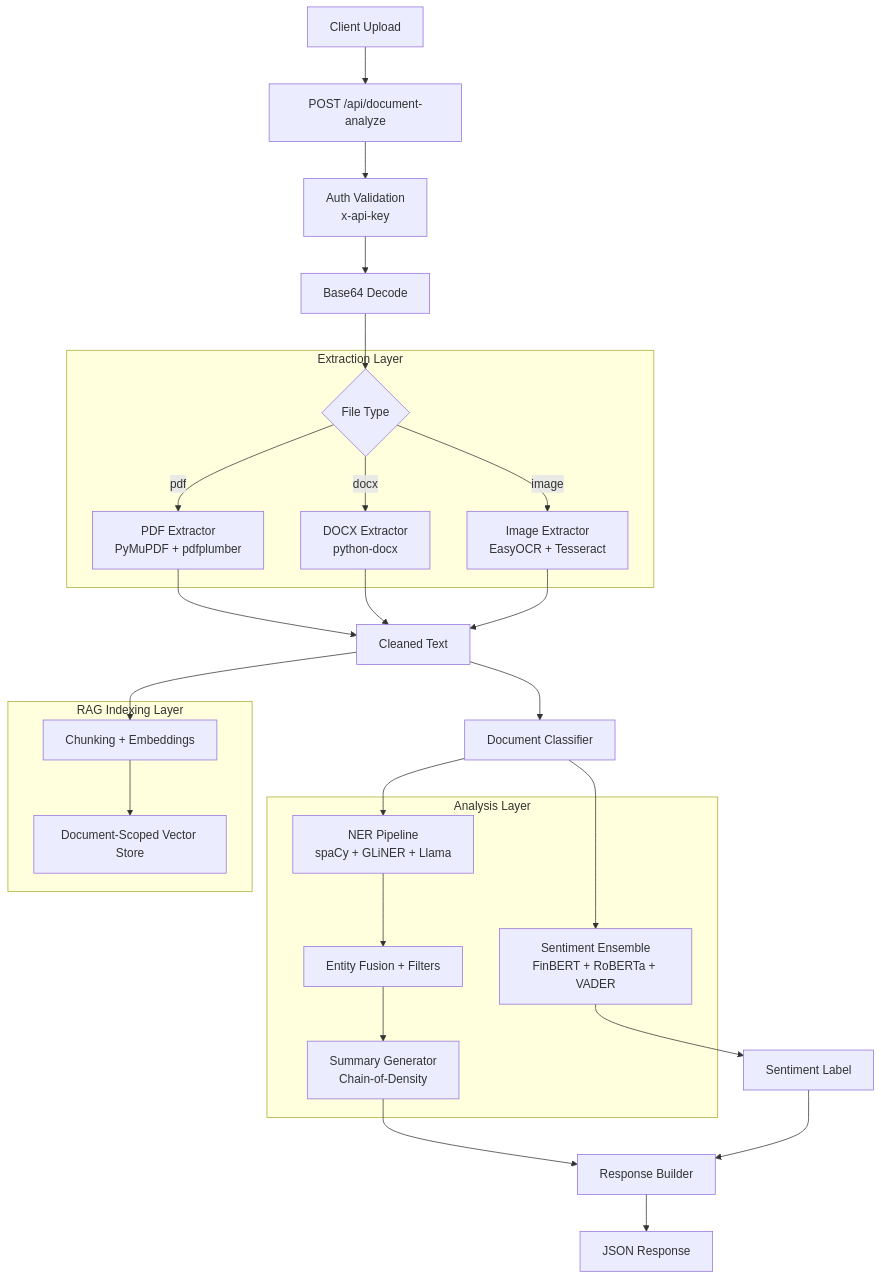
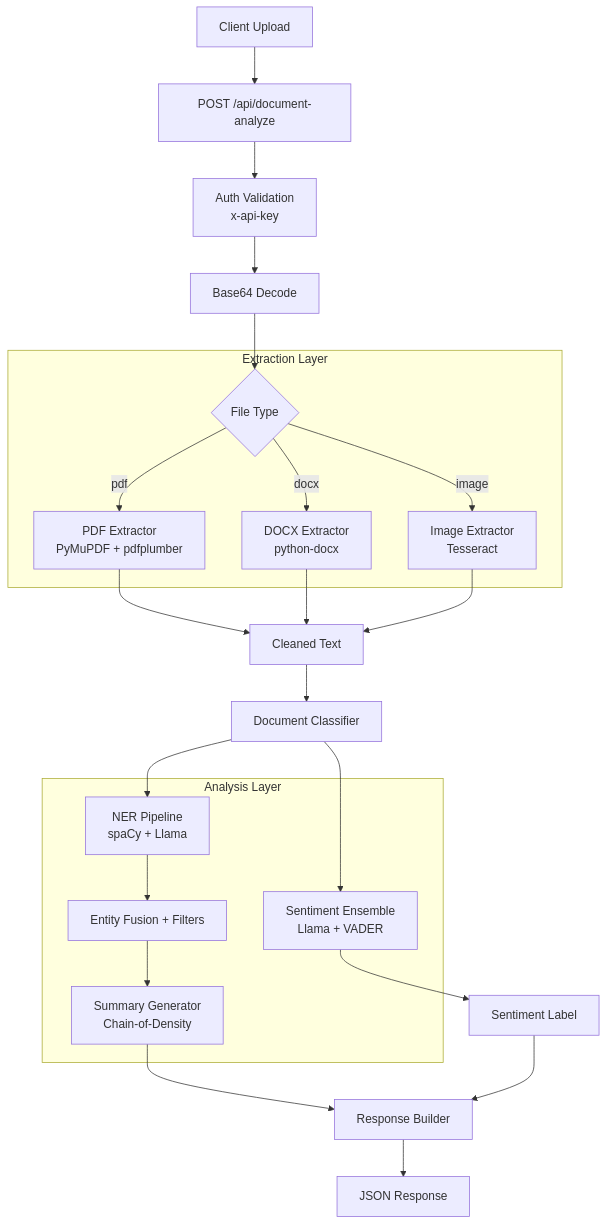
One commit to Akshat1345/document-analyzer changed the first of 2 diagrams in README.md. Above: the diagram before and after it, drawn with Mermaid. The commit also changed other lines of this file and 15 other files, not shown here.

````diff
--- a/README.md
+++ b/README.md
@@ -75,48 +72,40 @@
 ```mermaid
 flowchart TD
   A[Client Upload] --> B[POST /api/document-analyze]
   B --> C[Auth Validation<br/>x-api-key]
   C --> D[Base64 Decode]
 
   subgraph X[Extraction Layer]
     E{File Type}
     F[PDF Extractor<br/>PyMuPDF + pdfplumber]
     G[DOCX Extractor<br/>python-docx]
-    H[Image Extractor<br/>EasyOCR + Tesseract]
+    H[Image Extractor<br/>Tesseract]
     E -->|pdf| F
     E -->|docx| G
     E -->|image| H
   end
 
   D --> E
   F --> I[Cleaned Text]
   G --> I
   H --> I
 
   I --> J[Document Classifier]
 
   subgraph Y[Analysis Layer]
-    K[NER Pipeline<br/>spaCy + GLiNER + Llama]
-    L[Sentiment Ensemble<br/>FinBERT + RoBERTa + VADER]
+    K[NER Pipeline<br/>spaCy + Llama]
+    L[Sentiment Ensemble<br/>Llama + VADER]
     M[Entity Fusion + Filters]
     N[Summary Generator<br/>Chain-of-Density]
   end
 
   J --> K
   J --> L
   K --> M
   M --> N
   L --> O[Sentiment Label]
 
   N --> P[Response Builder]
   O --> P
   P --> Q[JSON Response]
-
-  subgraph Z[RAG Indexing Layer]
-    R[Chunking + Embeddings]
-    S[Document-Scoped Vector Store]
-  end
-
-  I --> R
-  R --> S
 ```
````
